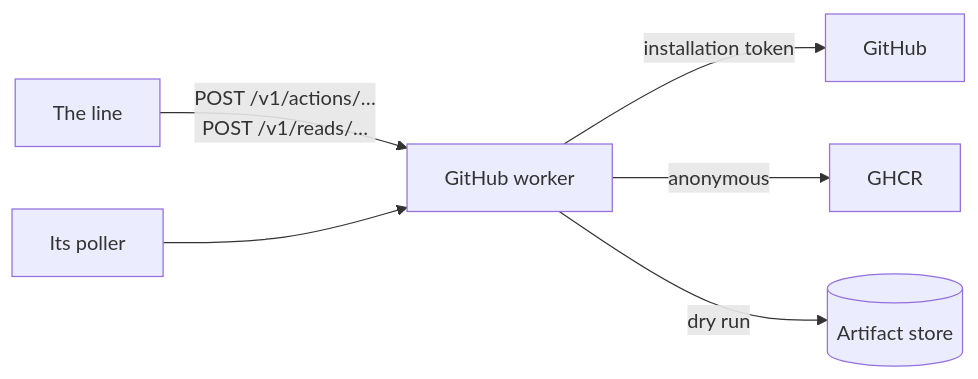
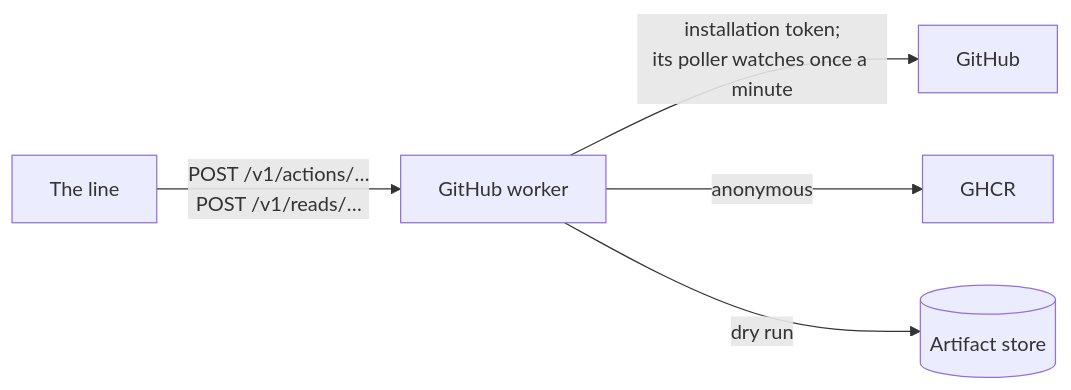
Before and after one commit to mrogan/cv-software-factory: the first of 2 diagrams in docs/COMPONENTS/GITHUB-WORKER.md, drawn with Mermaid. The commit also changed 4 other files, not shown here.

````diff
--- a/docs/COMPONENTS/GITHUB-WORKER.md
+++ b/docs/COMPONENTS/GITHUB-WORKER.md
@@ -7,8 +7,7 @@
 ```mermaid
 flowchart LR
   line[The line] -- "POST /v1/actions/…<br>POST /v1/reads/…" --> worker[GitHub worker]
-  worker -- installation token --> github[GitHub]
+  worker -- "installation token;<br>its poller watches once a minute" --> github[GitHub]
   worker -- anonymous --> ghcr[GHCR]
   worker -- dry run --> artifacts[(Artifact store)]
-  poller[Its poller] --> worker
 ```
````
